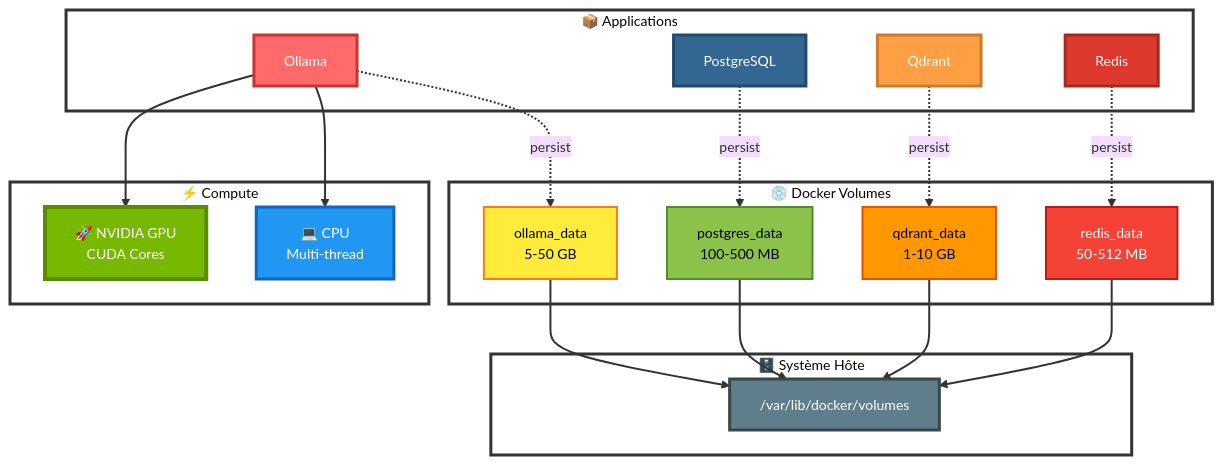
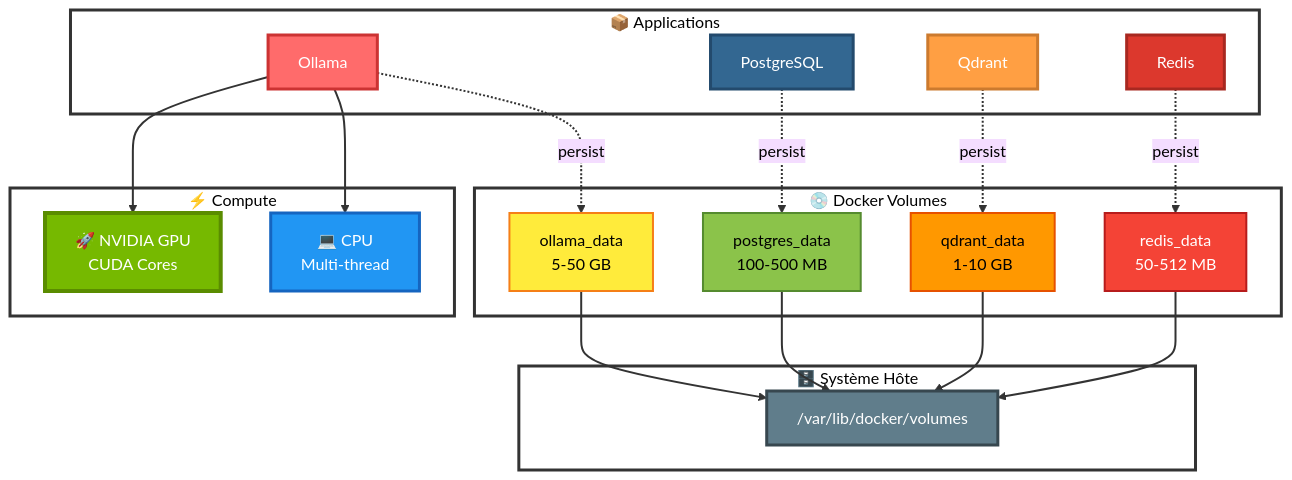
Diagram 13 of 14 in docs/ARCHITECTURE.md (MPFabio/Stack-IA), drawn with Mermaid before and after one commit. The commit also changed other lines of this file, not shown here.

First line of the commit message:
feat(docs): Fonds colorés sur TOUS les diagrammes

````diff
--- a/docs/ARCHITECTURE.md
+++ b/docs/ARCHITECTURE.md
@@ -863,57 +863,57 @@
 ```mermaid
-%%{init: {'theme':'base', 'themeVariables': { 'fontSize':'14px'}}}%%
+%%{init: {'theme':'base', 'themeVariables': {'background':'#fff9c4','mainBkg':'#fff9c4','primaryTextColor':'#000','secondaryTextColor':'#000','tertiaryTextColor':'#000','lineColor':'#000','textColor':'#000'}}}%%
 graph TB
     subgraph COMPUTE["⚡ Compute"]
         GPU["🚀 NVIDIA GPU<br/>CUDA Cores"]
         CPU["💻 CPU<br/>Multi-thread"]
     end
     
     subgraph APPS["📦 Applications"]
         OLLAMA["Ollama"]
         POSTGRES["PostgreSQL"]
         QDRANT["Qdrant"]
         REDIS["Redis"]
     end
     
     subgraph STORAGE["💿 Docker Volumes"]
         VOL1["ollama_data<br/>5-50 GB"]
         VOL2["postgres_data<br/>100-500 MB"]
         VOL3["qdrant_data<br/>1-10 GB"]
         VOL4["redis_data<br/>50-512 MB"]
     end
     
     subgraph DISK["🗄️ Système Hôte"]
         PHYSICAL["/var/lib/docker/volumes"]
     end
     
     OLLAMA ==> GPU
     OLLAMA --> CPU
     
     OLLAMA -.persist.-> VOL1
     POSTGRES -.persist.-> VOL2
     QDRANT -.persist.-> VOL3
     REDIS -.persist.-> VOL4
     
     VOL1 --> PHYSICAL
     VOL2 --> PHYSICAL
     VOL3 --> PHYSICAL
     VOL4 --> PHYSICAL
     
     style GPU fill:#76b900,stroke:#5a8c00,stroke-width:4px,color:#fff
     style CPU fill:#2196F3,stroke:#1565c0,stroke-width:3px,color:#fff
     style OLLAMA fill:#ff6b6b,stroke:#cc3333,stroke-width:3px,color:#fff
     style POSTGRES fill:#336791,stroke:#234a6d,stroke-width:3px,color:#fff
     style QDRANT fill:#ff9f43,stroke:#cc7a2e,stroke-width:3px,color:#fff
     style REDIS fill:#dc382d,stroke:#a82820,stroke-width:3px,color:#fff
     style VOL1 fill:#ffeb3b,stroke:#f57f17,stroke-width:2px,color:#000
     style VOL2 fill:#8bc34a,stroke:#558b2f,stroke-width:2px,color:#000
     style VOL3 fill:#ff9800,stroke:#e65100,stroke-width:2px,color:#000
     style VOL4 fill:#f44336,stroke:#b71c1c,stroke-width:2px,color:#fff
     style PHYSICAL fill:#607D8B,stroke:#37474f,stroke-width:3px,color:#fff
     style COMPUTE fill:#ffffff,stroke:#333,stroke-width:3px
     style APPS fill:#ffffff,stroke:#333,stroke-width:3px
     style STORAGE fill:#ffffff,stroke:#333,stroke-width:3px
     style DISK fill:#ffffff,stroke:#333,stroke-width:3px
     
     linkStyle default stroke:#333,stroke-width:2px
 ```
````
